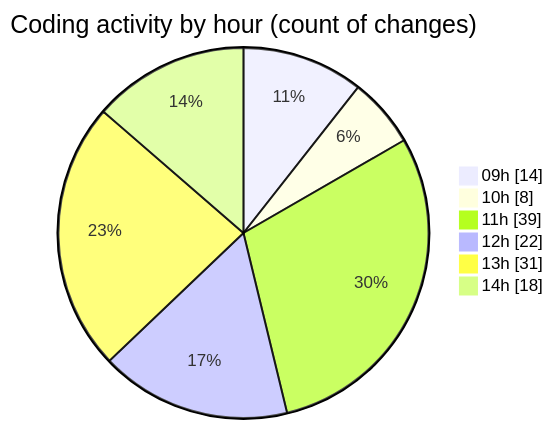
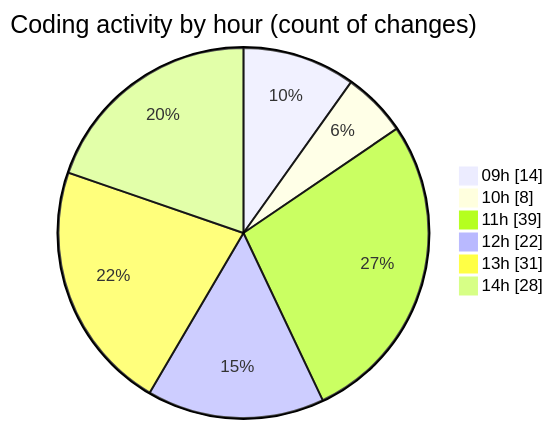
Before and after one commit to momahboobian/code-tracking: the second of 2 diagrams in 2025-02-07/cda/README.md, drawn with Mermaid. The commit also changed other lines of this file and 1 other file, not shown here.

````diff
--- a/2025-02-07/cda/README.md
+++ b/2025-02-07/cda/README.md
@@ -61,10 +66,10 @@
 ```mermaid
 pie showData
 title Coding activity by hour (count of changes)
 "09h" : 14
 "10h" : 8
 "11h" : 39
 "12h" : 22
 "13h" : 31
-"14h" : 18
+"14h" : 28
 ```
````
